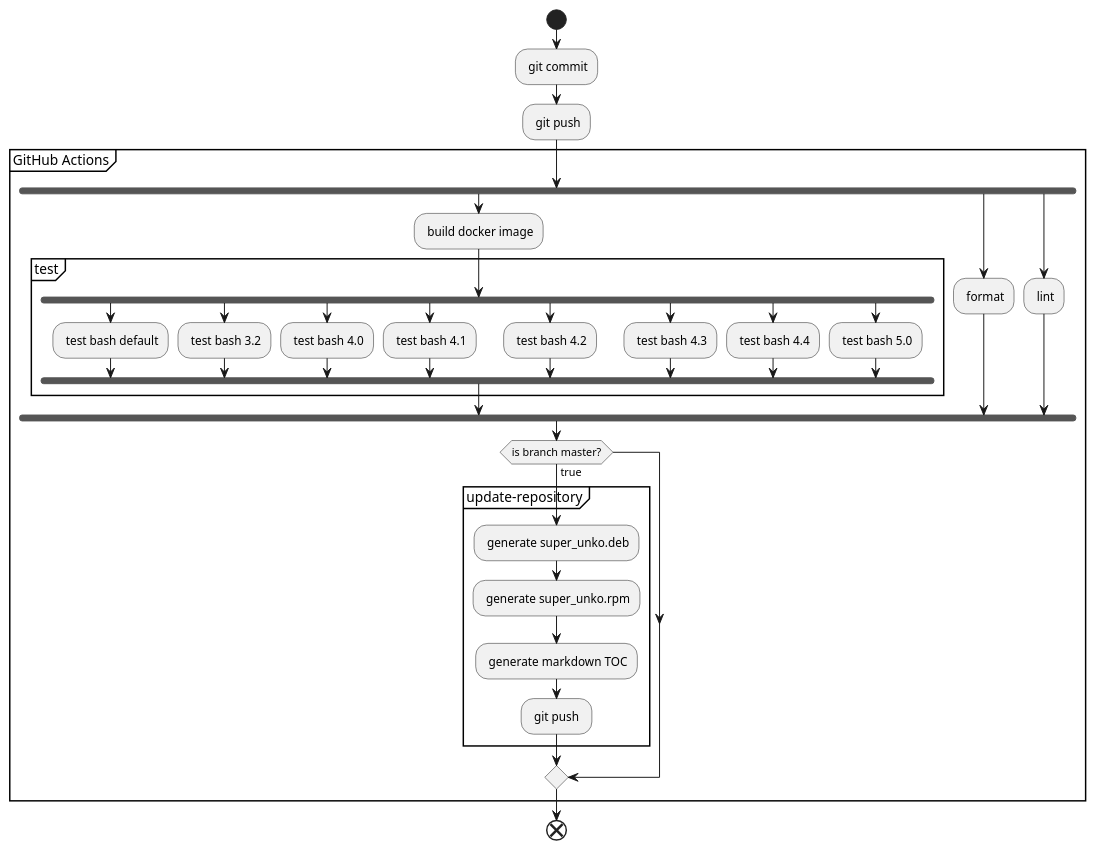
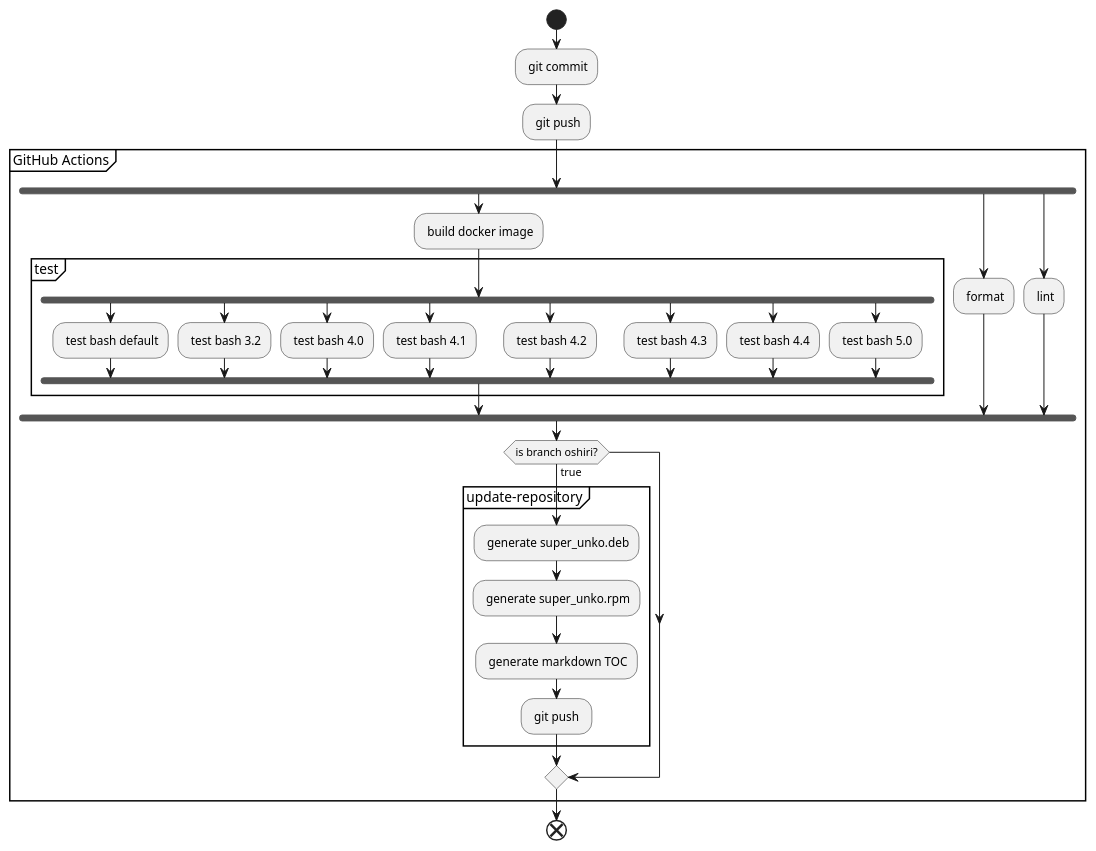
One commit to unkontributors/super_unko changed the diagram in doc/ci-push.puml. Above: the diagram before and after it, drawn with PlantUML.

Commit message:
デフォルトブランチ変更
https://github.com/unkontributors/super_unko/commit/58a4a5501bbd9dadd46196e8344e7ea410546607 に追従
TODO: ci-push.svgの更新

```diff
--- a/doc/ci-push.puml
+++ b/doc/ci-push.puml
@@ -1,47 +1,47 @@
 @startuml
 
 start
 
 : git commit;
 : git push;
 
 partition "GitHub Actions" {
   fork
     : build docker image;
     partition "test" {
       fork
         : test bash default;
       fork again
         : test bash 3.2;
       fork again
         : test bash 4.0;
       fork again
         : test bash 4.1;
       fork again
         : test bash 4.2;
       fork again
         : test bash 4.3;
       fork again
         : test bash 4.4;
       fork again
         : test bash 5.0;
       end fork
     }
   fork again
     : format;
   fork again
     : lint;
   end fork
-  if (is branch master?) then (true)
+  if (is branch oshiri?) then (true)
     partition "update-repository" {
       : generate super_unko.deb;
       : generate super_unko.rpm;
       : generate markdown TOC;
       : git push ;
     }
   endif
 }
 
 end
 
 @enduml
```
